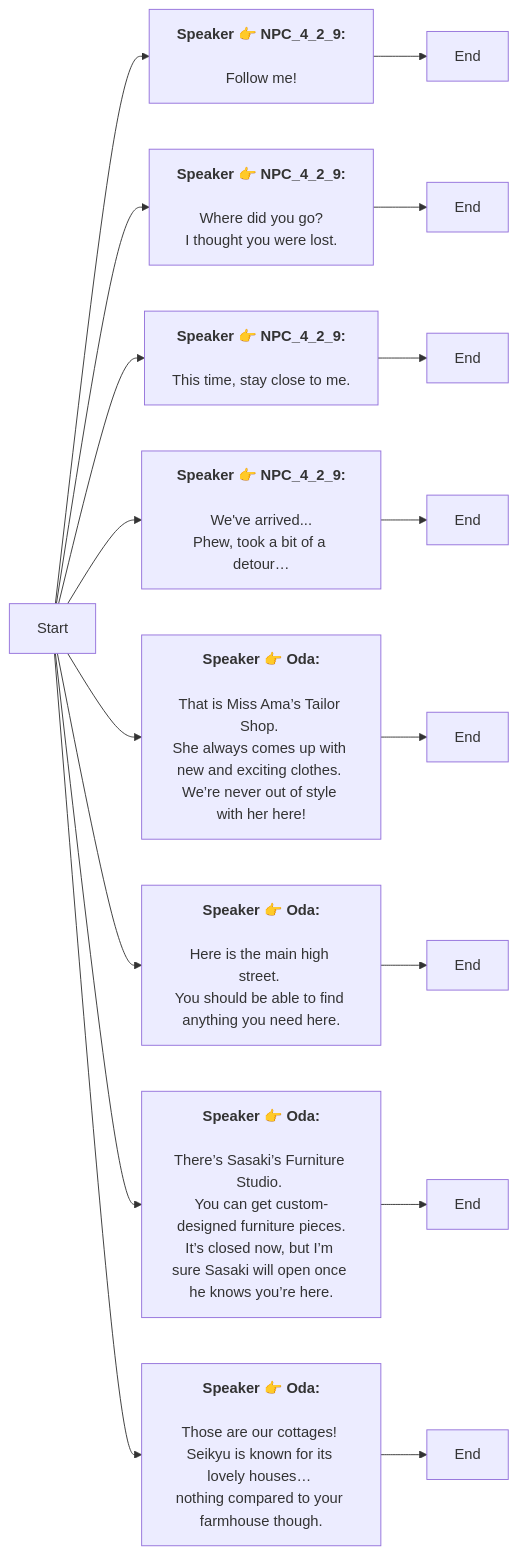
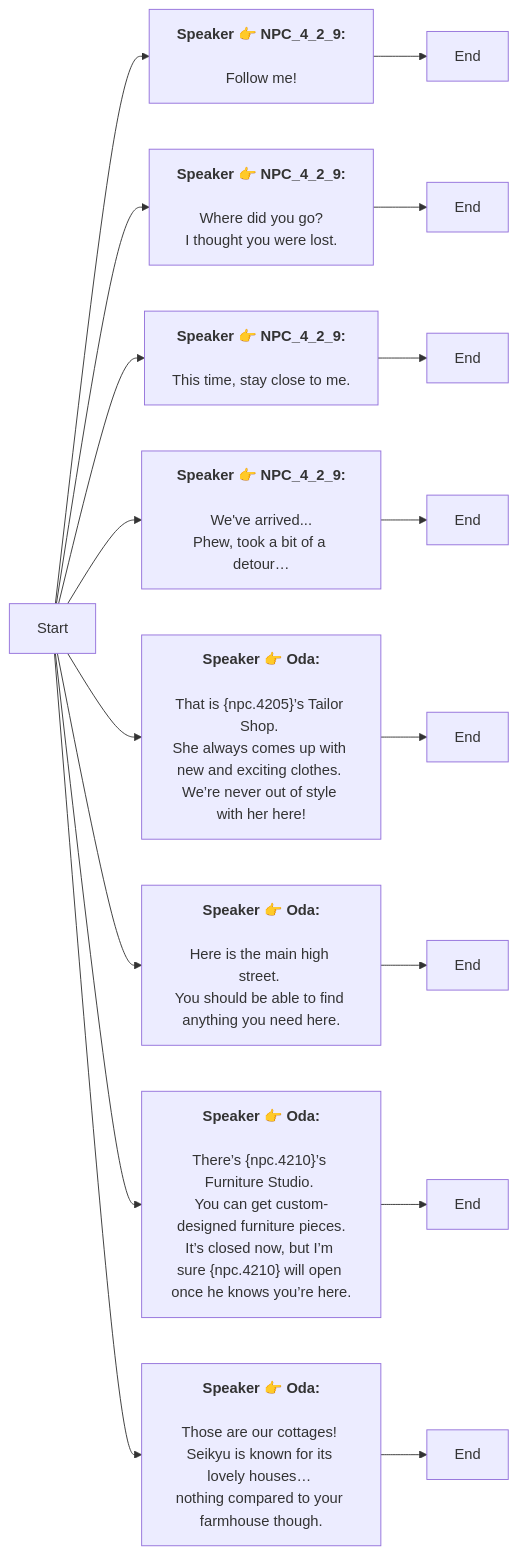
Before and after one commit to SoftHu/tos_avg: the diagram in Zh/YuiGuideTurtoril.md, drawn with Mermaid. The commit also changed 730 other files, not shown here.

````diff
--- a/Zh/YuiGuideTurtoril.md
+++ b/Zh/YuiGuideTurtoril.md
@@ -1,37 +1,37 @@
 ```mermaid
 graph LR
 Start -->1769066131689535[<b>Speaker 👉 NPC_4_2_9:</b>
 \nFollow me!]
 1769066131689535 -->1769066092872766[End]
 Start -->1769066146257985[<b>Speaker 👉 NPC_4_2_9:</b>
 \nWhere did you go?
 I thought you were lost.]
 1769066146257985 -->1769066146257986[End]
 Start -->1769066149276740[<b>Speaker 👉 NPC_4_2_9:</b>
 \nThis time, stay close to me.]
 1769066149276740 -->1769066149276741[End]
 Start -->1769066151519303[<b>Speaker 👉 NPC_4_2_9:</b>
 \nWe've arrived...
 Phew, took a bit of a detour…]
 1769066151519303 -->1769066151519304[End]
 Start -->1772598517553340[<b>Speaker 👉 Oda:</b>
-\nThat is Miss Ama’s Tailor Shop. 
+\nThat is &lbrace;npc.4205&rbrace;’s Tailor Shop. 
 She always comes up with new and exciting clothes. 
 We’re never out of style with her here!]
 1772598517553340 -->1772344589943011[End]
 Start -->1772598505930939[<b>Speaker 👉 Oda:</b>
 \nHere is the main high street. 
 You should be able to find anything you need here.]
 1772598505930939 -->1772344576162017[End]
 Start -->1772598518761661[<b>Speaker 👉 Oda:</b>
-\nThere’s Sasaki’s Furniture Studio. 
+\nThere’s &lbrace;npc.4210&rbrace;’s Furniture Studio. 
 You can get custom-designed furniture pieces.
-It’s closed now, but I’m sure Sasaki will open once he knows you’re here.]
+It’s closed now, but I’m sure &lbrace;npc.4210&rbrace; will open once he knows you’re here.]
 1772598518761661 -->1772344746521829[End]
 Start -->1772598520089790[<b>Speaker 👉 Oda:</b>
 \nThose are our cottages! 
 Seikyu is known for its lovely houses… 
 nothing compared to your farmhouse though.]
 1772598520089790 -->1772344760857831[End]
 
 ```
````
